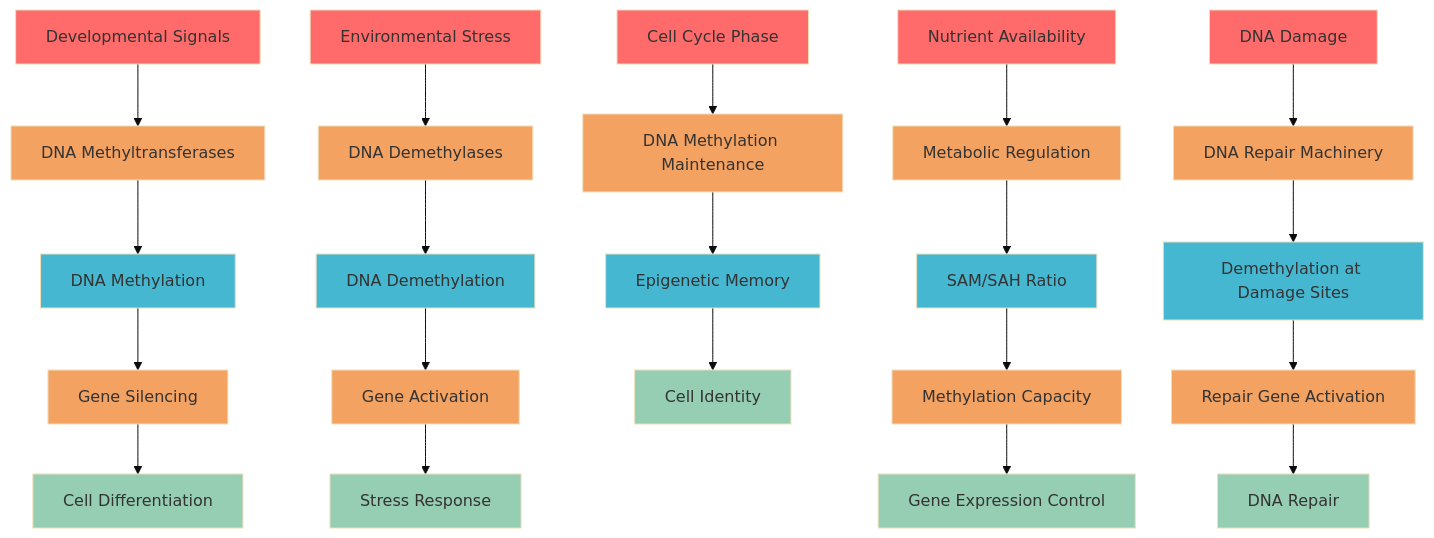
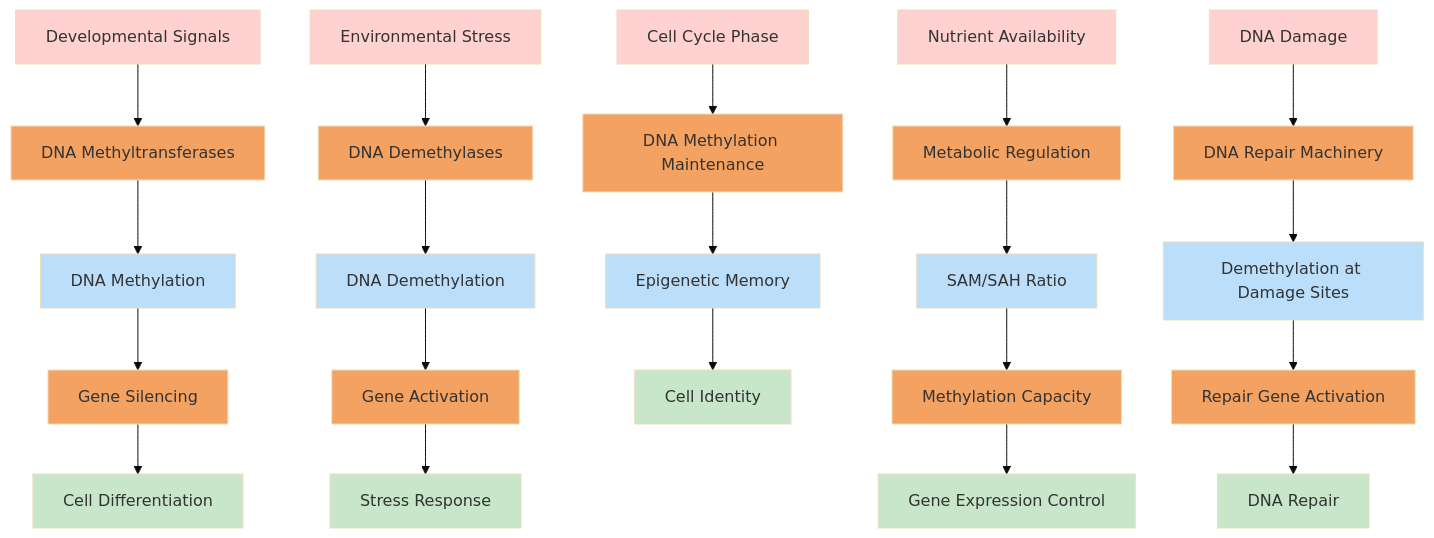
The diagram in docs/paper/community/contributions/new_charts/batch12_02_dna_methylation_regulation.mmd (garywelz/glmp), drawn with Mermaid (base theme) before and after one commit. The commit also changed 251 other files, not shown here.

Commit message:
Update color scheme for biological process flowcharts

```diff
--- a/docs/paper/community/contributions/new_charts/batch12_02_dna_methylation_regulation.mmd
+++ b/docs/paper/community/contributions/new_charts/batch12_02_dna_methylation_regulation.mmd
@@ -1,49 +1,49 @@
 graph TD
     A[Developmental Signals] --> B[DNA Methyltransferases]
     B --> C[DNA Methylation]
     C --> D[Gene Silencing]
     D --> E[Cell Differentiation]
     
     F[Environmental Stress] --> G[DNA Demethylases]
     G --> H[DNA Demethylation]
     H --> I[Gene Activation]
     I --> J[Stress Response]
     
     K[Cell Cycle Phase] --> L[DNA Methylation Maintenance]
     L --> M[Epigenetic Memory]
     M --> N[Cell Identity]
     
     O[Nutrient Availability] --> P[Metabolic Regulation]
     P --> Q[SAM/SAH Ratio]
     Q --> R[Methylation Capacity]
     R --> S[Gene Expression Control]
     
     T[DNA Damage] --> U[DNA Repair Machinery]
     U --> V[Demethylation at Damage Sites]
     V --> W[Repair Gene Activation]
     W --> X[DNA Repair]
     
-    style A fill:#ff6b6b
+    style A fill:#ffd1d1
     style B fill:#f4a261
-    style C fill:#45b7d1
+    style C fill:#bbdefb
     style D fill:#f4a261
-    style E fill:#96ceb4
-    style F fill:#ff6b6b
+    style E fill:#c8e6c9
+    style F fill:#ffd1d1
     style G fill:#f4a261
-    style H fill:#45b7d1
+    style H fill:#bbdefb
     style I fill:#f4a261
-    style J fill:#96ceb4
-    style K fill:#ff6b6b
+    style J fill:#c8e6c9
+    style K fill:#ffd1d1
     style L fill:#f4a261
-    style M fill:#45b7d1
-    style N fill:#96ceb4
-    style O fill:#ff6b6b
+    style M fill:#bbdefb
+    style N fill:#c8e6c9
+    style O fill:#ffd1d1
     style P fill:#f4a261
-    style Q fill:#45b7d1
+    style Q fill:#bbdefb
     style R fill:#f4a261
-    style S fill:#96ceb4
-    style T fill:#ff6b6b
+    style S fill:#c8e6c9
+    style T fill:#ffd1d1
     style U fill:#f4a261
-    style V fill:#45b7d1
+    style V fill:#bbdefb
     style W fill:#f4a261
-    style X fill:#96ceb4
+    style X fill:#c8e6c9
```
